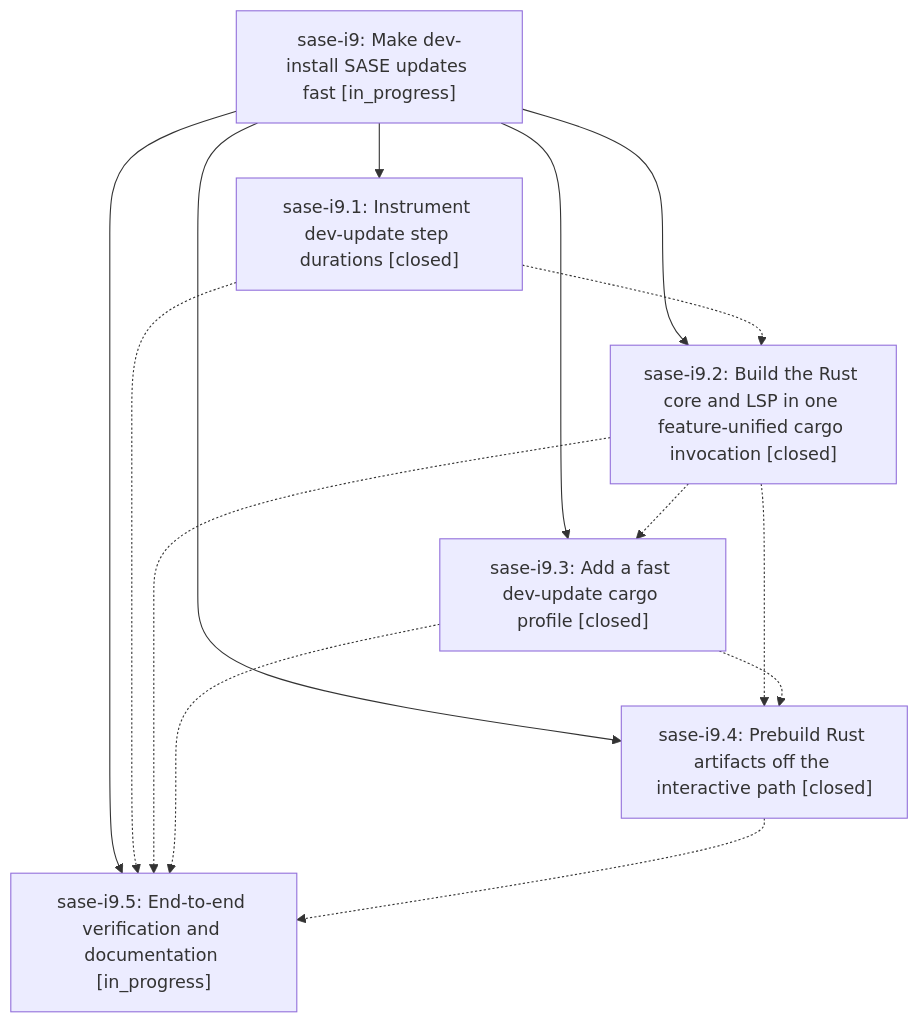
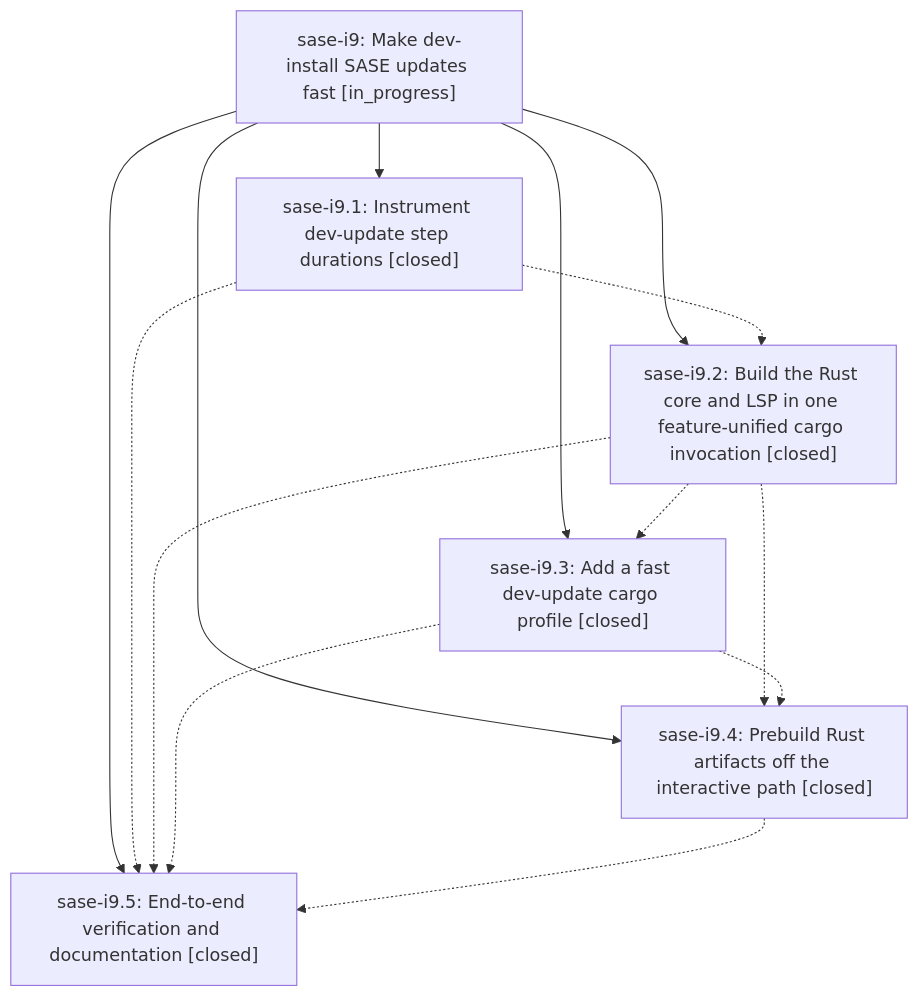
One commit to sase-org/sase--beads changed the diagram in pages/sase-i9/README.md. Above: the diagram before and after it, drawn with Mermaid. The commit also changed other lines of this file and 5 other files, not shown here.

````diff
--- a/pages/sase-i9/README.md
+++ b/pages/sase-i9/README.md
@@ -49,22 +49,22 @@
 ```mermaid
 flowchart TD
     n0["sase-i9: Make dev-install SASE updates fast [in_progress]"]
     n1["sase-i9.1: Instrument dev-update step durations [closed]"]
     n2["sase-i9.2: Build the Rust core and LSP in one feature-unified cargo invocation [closed]"]
     n3["sase-i9.3: Add a fast dev-update cargo profile [closed]"]
     n4["sase-i9.4: Prebuild Rust artifacts off the interactive path [closed]"]
-    n5["sase-i9.5: End-to-end verification and documentation [in_progress]"]
+    n5["sase-i9.5: End-to-end verification and documentation [closed]"]
     n0 --> n1
     n0 --> n2
     n0 --> n3
     n0 --> n4
     n0 --> n5
     n1 -.-> n2
     n1 -.-> n5
     n2 -.-> n3
     n2 -.-> n4
     n2 -.-> n5
     n3 -.-> n4
     n3 -.-> n5
     n4 -.-> n5
 ```
````
